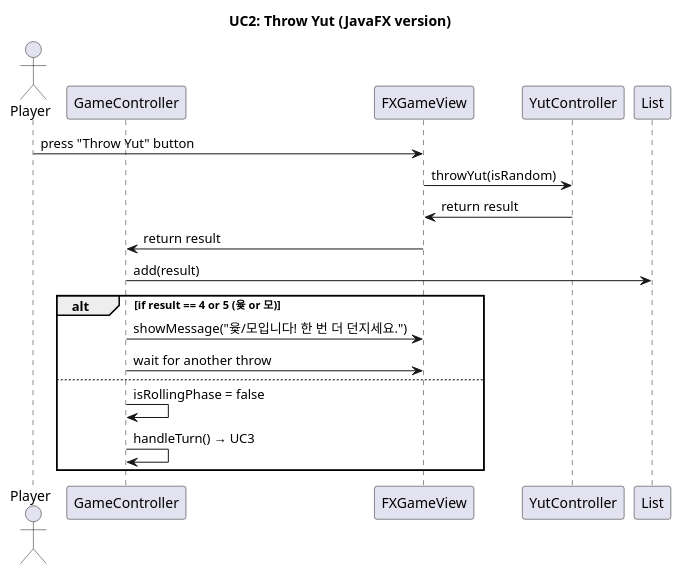
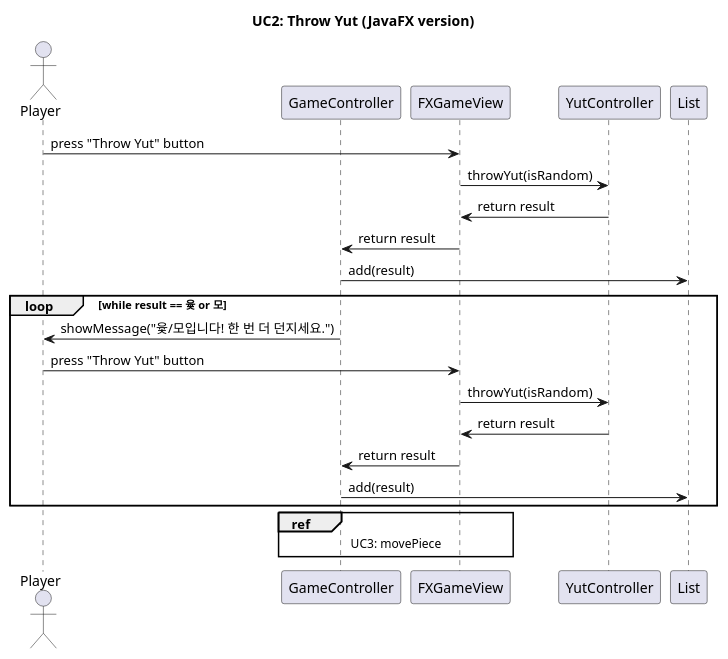
One commit to jack0928/SE-Term-Project-2025 changed the diagram in UC2FX.puml. Above: the diagram before and after it, drawn with PlantUML. The commit also changed 4 other files, not shown here.

```diff
--- a/UC2FX.puml
+++ b/UC2FX.puml
@@ -1,27 +1,32 @@
 @startuml
 title UC2: Throw Yut (JavaFX version)
 
 actor Player
 participant GameController as GameController
 participant FXGameView as FXGameView
 participant YutController as YutController
 participant List as stepQueue
 
 Player -> FXGameView : press "Throw Yut" button
 
 FXGameView -> YutController : throwYut(isRandom)
 
 YutController -> FXGameView : return result
 FXGameView -> GameController : return result
 
 GameController -> stepQueue : add(result)
+loop while result == 윷 or 모
+    GameController -> Player : showMessage("윷/모입니다! 한 번 더 던지세요.")
+	Player -> FXGameView : press "Throw Yut" button
 
-alt if result == 4 or 5 (윷 or 모)
-    GameController -> FXGameView : showMessage("윷/모입니다! 한 번 더 던지세요.")
-    GameController -> FXGameView : wait for another throw
-else
-    GameController -> GameController : isRollingPhase = false
-    GameController -> GameController : handleTurn() → UC3
-end alt
+    FXGameView -> YutController : throwYut(isRandom)
+
+    YutController -> FXGameView : return result
+    FXGameView -> GameController : return result
+    GameController -> stepQueue : add(result)
+end
+ref over GameController,FXGameView
+	UC3: movePiece
+end ref
 
 @enduml
```
